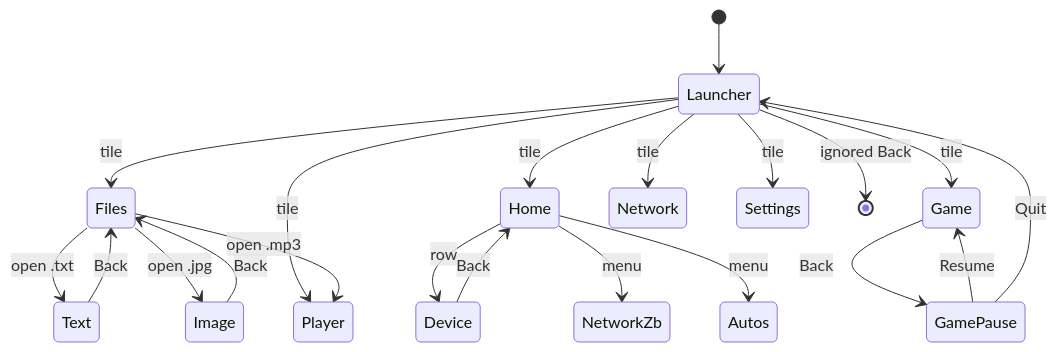
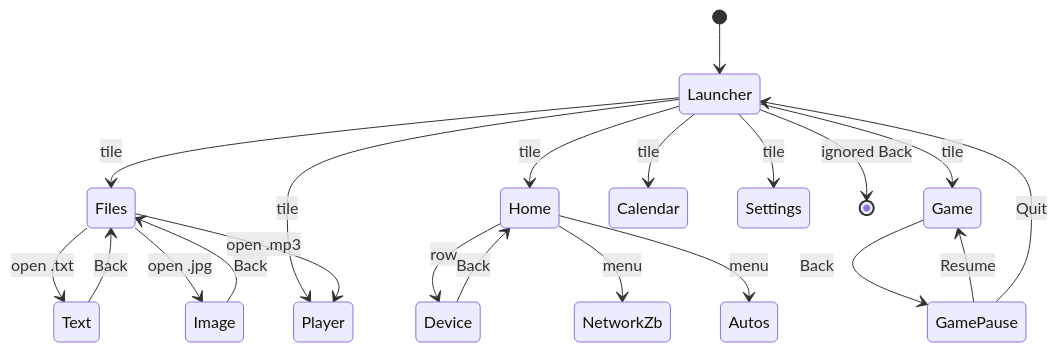
The first of 7 diagrams in doc/UI_Design.md (vanbuong/stm32h745-disco), drawn with Mermaid before and after one commit. The commit also changed other lines of this file and 19 other files, not shown here.

````diff
--- a/doc/UI_Design.md
+++ b/doc/UI_Design.md
@@ -124,23 +125,23 @@
 ```mermaid
 stateDiagram-v2
   [*] --> Launcher
   Launcher --> Files: tile
   Launcher --> Home: tile
   Launcher --> Game: tile
   Launcher --> Player: tile
-  Launcher --> Network: tile
+  Launcher --> Calendar: tile
   Launcher --> Settings: tile
   Files --> Text: open .txt
   Files --> Image: open .jpg
   Files --> Player: open .mp3
   Home --> Device: row
   Home --> NetworkZb: menu
   Home --> Autos: menu
   Game --> GamePause: Back
   GamePause --> Game: Resume
   GamePause --> Launcher: Quit
   Text --> Files: Back
   Image --> Files: Back
   Device --> Home: Back
   Launcher --> [*]: ignored Back
 ```
````
